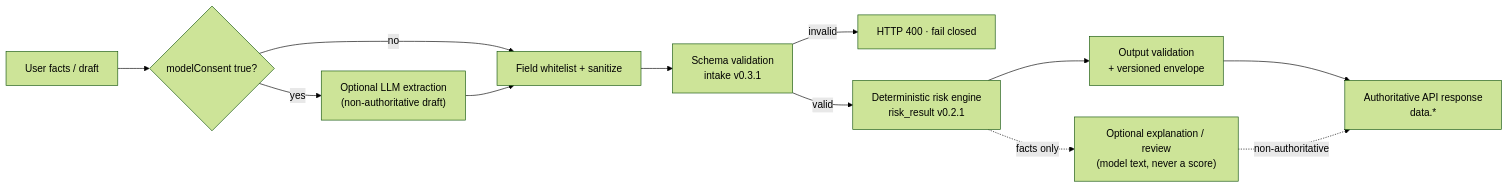
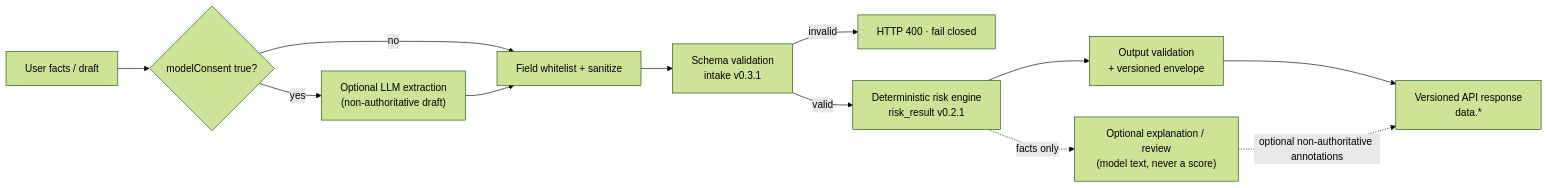
One commit to Anhao1314/flowcredit changed the diagram in README.md. Above: the diagram before and after it, drawn with Mermaid (forest theme). The commit also changed other lines of this file, not shown here.

Commit message:
docs: clarify non-authoritative model annotations in API response
The response data.* may include model-generated modelAnalysis/modelReview
when modelConsent=true. Relabel the response node as versioned, mark the
sidecar edge as optional non-authoritative annotations, and state that the
model never writes or overrides authoritative result fields.

````diff
--- a/README.md
+++ b/README.md
@@ -20,14 +20,14 @@
 ```mermaid
 flowchart LR
   A["User facts / draft"] --> B{"modelConsent true?"}
   B -->|no| D["Field whitelist + sanitize"]
   B -->|yes| C["Optional LLM extraction<br/>(non-authoritative draft)"]
   C --> D
   D --> E["Schema validation<br/>intake v0.3.1"]
   E -->|invalid| X["HTTP 400 · fail closed"]
   E -->|valid| F["Deterministic risk engine<br/>risk_result v0.2.1"]
   F --> G["Output validation<br/>+ versioned envelope"]
-  G --> H["Authoritative API response<br/>data.*"]
+  G --> H["Versioned API response<br/>data.*"]
   F -.->|"facts only"| I["Optional explanation / review<br/>(model text, never a score)"]
-  I -.->|"non-authoritative"| H
+  I -.->|"optional non-authoritative annotations"| H
 ```
````
